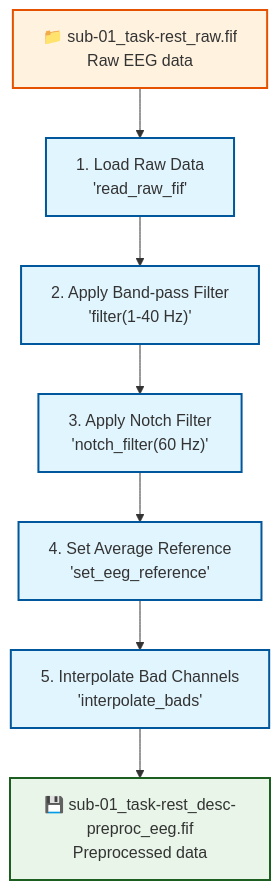
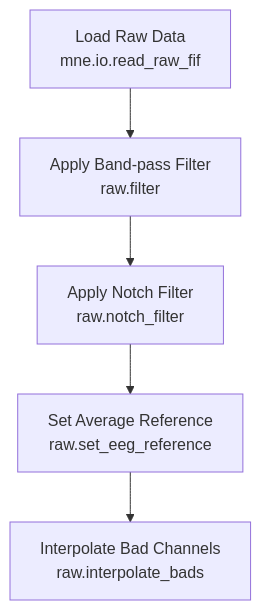
Before and after one commit to signalJourney/signalJourney: the diagram in docs/examples/basic_preprocessing_mne.md, drawn with Mermaid. The commit also changed other lines of this file and 12 other files, not shown here.

````diff
--- a/docs/examples/basic_preprocessing_mne.md
+++ b/docs/examples/basic_preprocessing_mne.md
@@ -17,20 +17,7 @@
 ```mermaid
 flowchart TD
-    A["1. Load Raw Data<br/>'read_raw_fif'"] --> B["2. Apply Band-pass Filter<br/>'filter(1-40 Hz)'"]
-    B --> C["3. Apply Notch Filter<br/>'notch_filter(60 Hz)'"]
-    C --> D["4. Set Average Reference<br/>'set_eeg_reference'"]
-    D --> E["5. Interpolate Bad Channels<br/>'interpolate_bads'"]
-
-    %% Input/Output Files
-    F["📁 sub-01_task-rest_raw.fif<br/>Raw EEG data"] --> A
-    E --> G["💾 sub-01_task-rest_desc-preproc_eeg.fif<br/>Preprocessed data"]
-
-    %% Styling
-    classDef processStep fill:#e1f5fe,stroke:#01579b,stroke-width:2px
-    classDef inputFile fill:#fff3e0,stroke:#e65100,stroke-width:2px
-    classDef outputFile fill:#e8f5e8,stroke:#1b5e20,stroke-width:2px
-
-    class A,B,C,D,E processStep
-    class F inputFile
-    class G outputFile
+    A[Load Raw Data<br/>mne.io.read_raw_fif] --> B[Apply Band-pass Filter<br/>raw.filter]
+    B --> C[Apply Notch Filter<br/>raw.notch_filter]
+    C --> D[Set Average Reference<br/>raw.set_eeg_reference]
+    D --> E[Interpolate Bad Channels<br/>raw.interpolate_bads]
 ```
````
